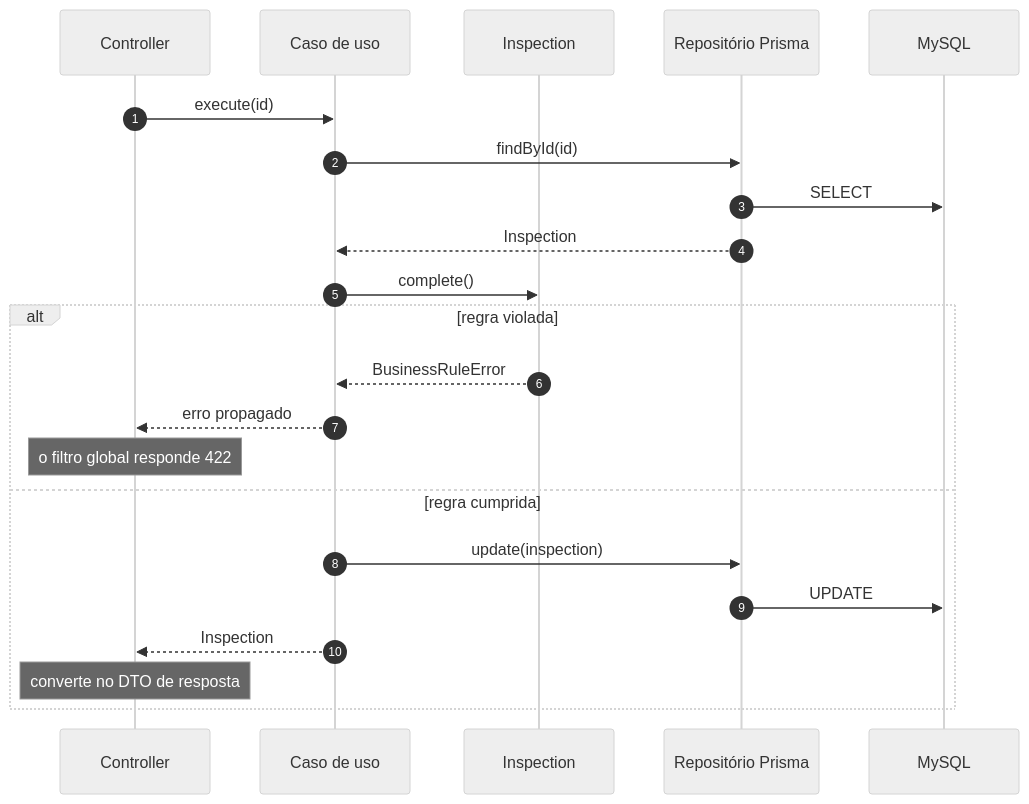
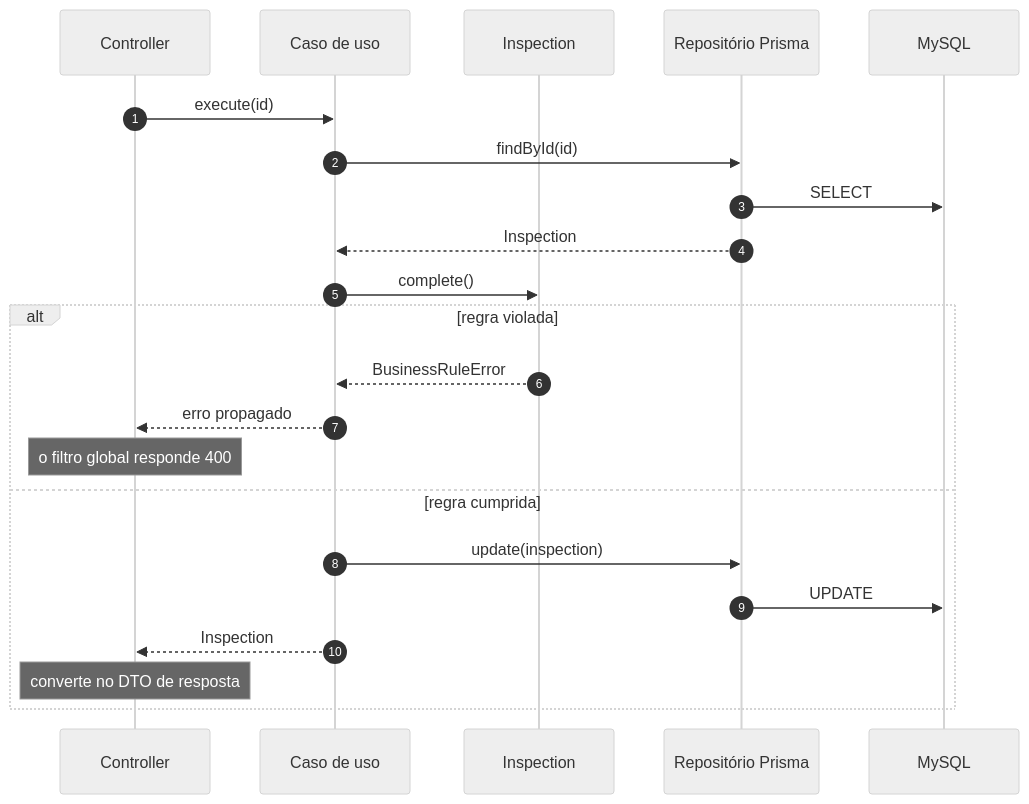
The eighth of 13 diagrams in docs/arquitetura/01-fundamentos-e-decisoes.md (TechChallengeFiap/QuimoviaApi), drawn with Mermaid (neutral theme) before and after one commit. The commit also changed other lines of this file and 12 other files, not shown here.

````diff
--- a/docs/arquitetura/01-fundamentos-e-decisoes.md
+++ b/docs/arquitetura/01-fundamentos-e-decisoes.md
@@ -300,24 +300,24 @@
 ```mermaid
 sequenceDiagram
   autonumber
   participant C as Controller
   participant UC as Caso de uso
   participant E as Inspection
   participant R as Repositório Prisma
   participant DB as MySQL
   C->>UC: execute(id)
   UC->>R: findById(id)
   R->>DB: SELECT
   R-->>UC: Inspection
   UC->>E: complete()
   alt regra violada
     E-->>UC: BusinessRuleError
     UC-->>C: erro propagado
-    Note over C: o filtro global responde 422
+    Note over C: o filtro global responde 400
   else regra cumprida
     UC->>R: update(inspection)
     R->>DB: UPDATE
     UC-->>C: Inspection
     Note over C: converte no DTO de resposta
   end
 ```
````
